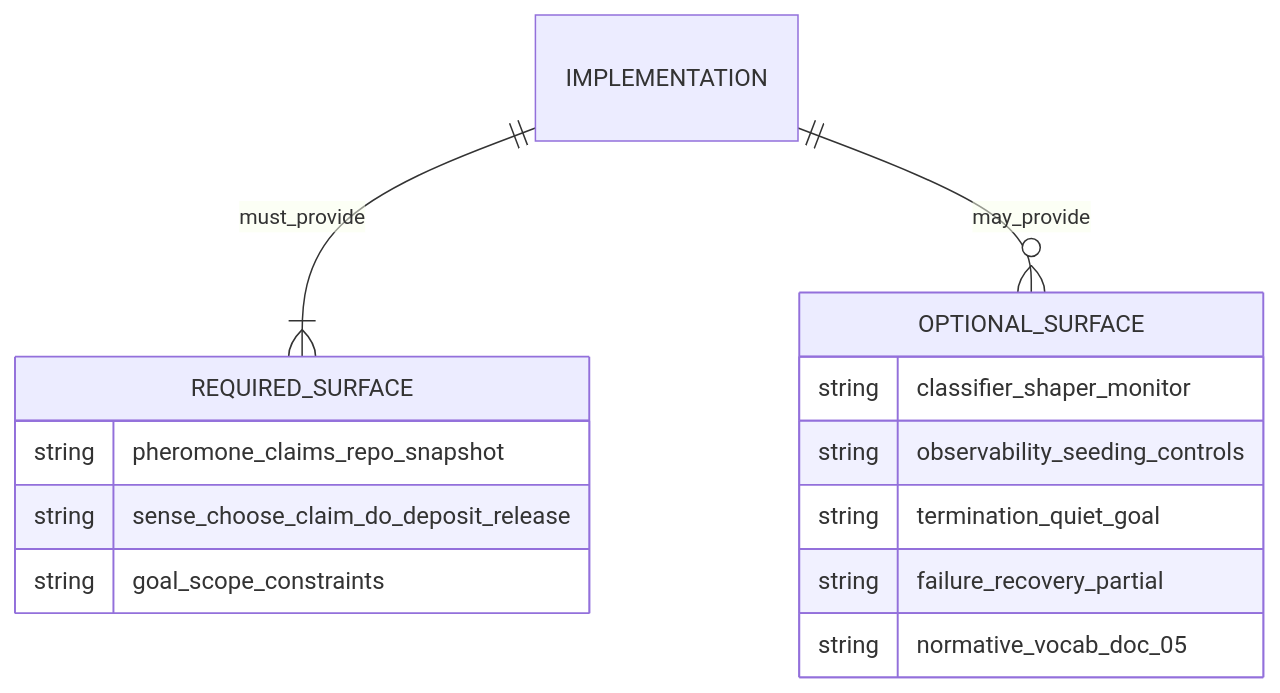
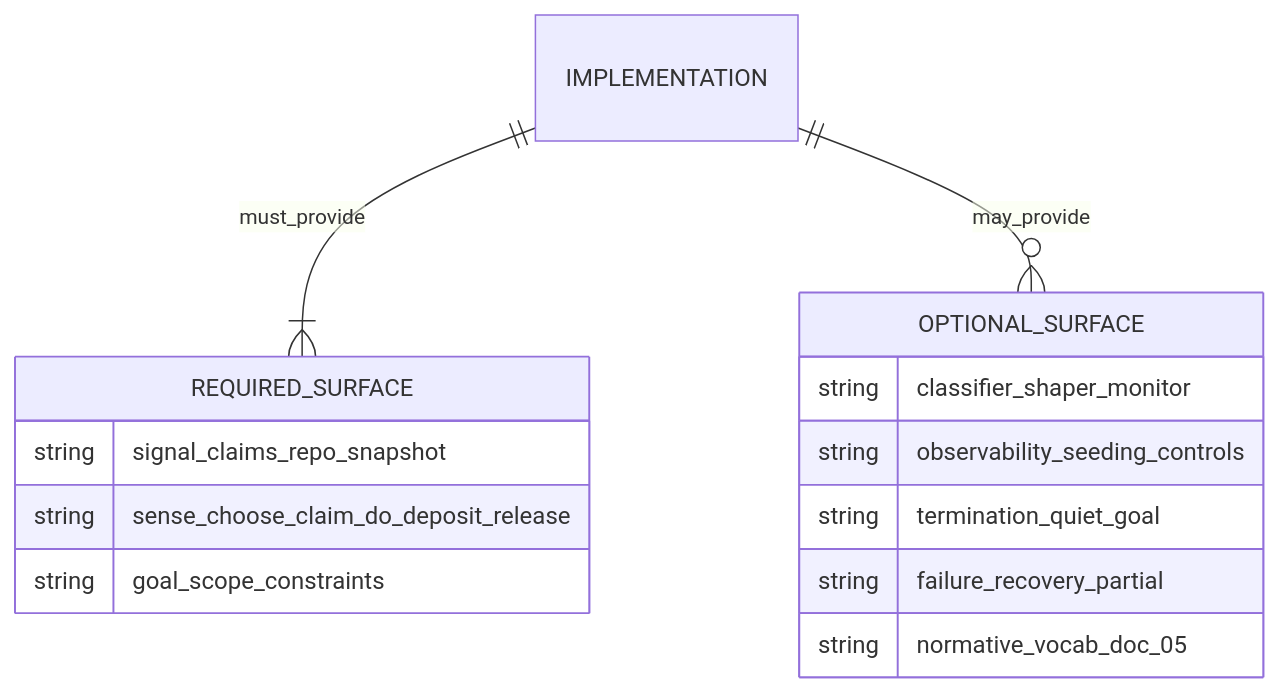
One commit to instagrim-dev/swarm-orchestration-spec changed the eighth of 13 diagrams in annex-visualizations.md. Above: the diagram before and after it, drawn with Mermaid. The commit also changed other lines of this file, not shown here.

First line of the commit message:
docs: refresh annex-visualizations for v1.1 signal/zone vocabulary

````diff
--- a/annex-visualizations.md
+++ b/annex-visualizations.md
@@ -408,17 +408,17 @@
 ```mermaid
 erDiagram
     IMPLEMENTATION ||--|{ REQUIRED_SURFACE : must_provide
     IMPLEMENTATION ||--o{ OPTIONAL_SURFACE : may_provide
     REQUIRED_SURFACE {
-        string pheromone_claims_repo_snapshot
+        string signal_claims_repo_snapshot
         string sense_choose_claim_do_deposit_release
         string goal_scope_constraints
     }
     OPTIONAL_SURFACE {
         string classifier_shaper_monitor
         string observability_seeding_controls
         string termination_quiet_goal
         string failure_recovery_partial
         string normative_vocab_doc_05
     }
 ```
````
